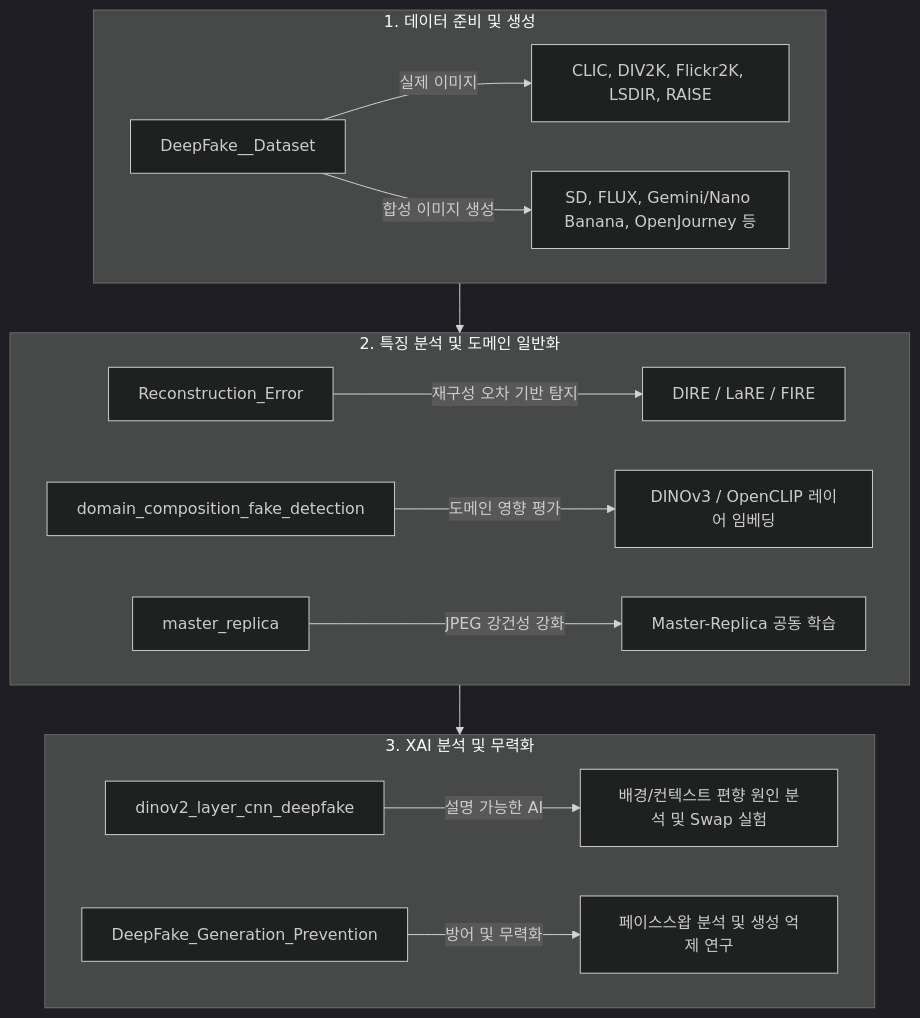
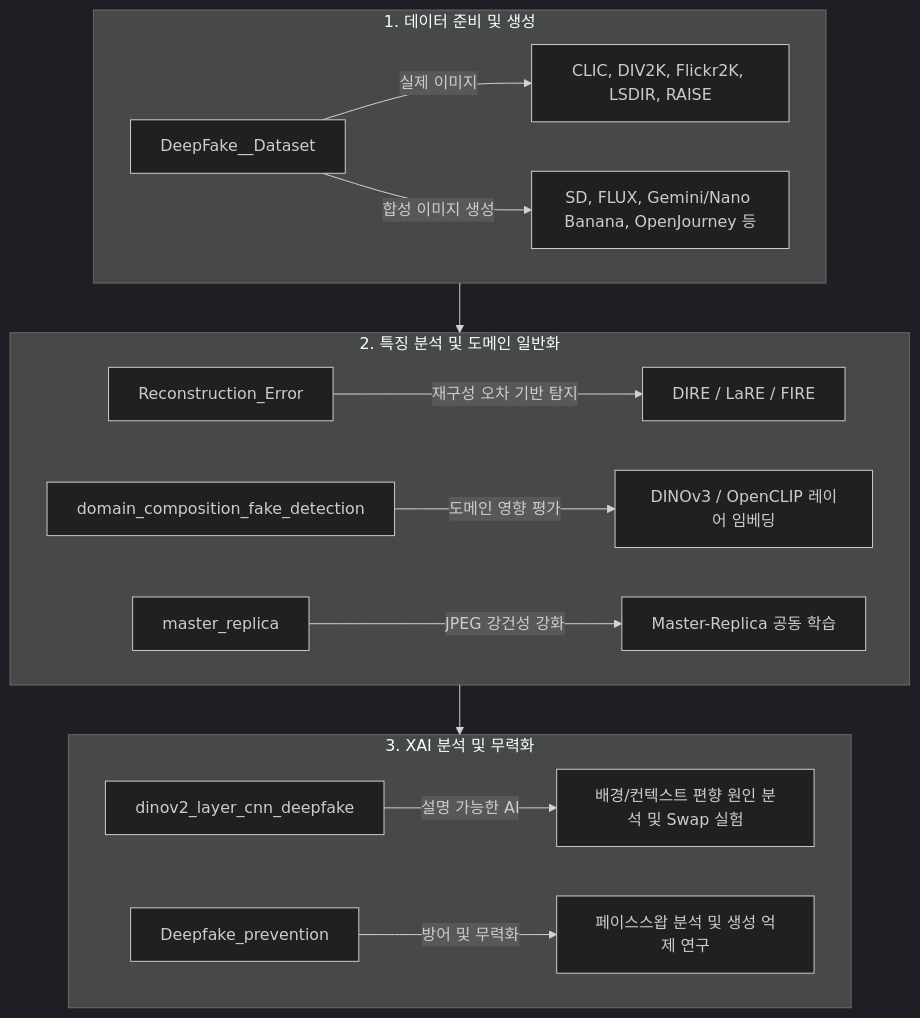
The diagram in README_ko.md (Fate-0527/DeepFake_Image_Detection), drawn with Mermaid (dark theme) before and after one commit. The commit also changed other lines of this file and 1 other file, not shown here.

Commit message:
docs: Update central index with Deepfake_prevention repository link

````diff
--- a/README_ko.md
+++ b/README_ko.md
@@ -71,21 +71,21 @@
 ```mermaid
 flowchart TD
     subgraph DataPrep [1. 데이터 준비 및 생성]
         A[DeepFake__Dataset] -->|실제 이미지| B[CLIC, DIV2K, Flickr2K, LSDIR, RAISE]
         A -->|합성 이미지 생성| C[SD, FLUX, Gemini/Nano Banana, OpenJourney 등]
     end
 
     subgraph FeatureExtract [2. 특징 분석 및 도메인 일반화]
         D[Reconstruction_Error] -->|재구성 오차 기반 탐지| E[DIRE / LaRE / FIRE]
         F[domain_composition_fake_detection] -->|도메인 영향 평가| G[DINOv3 / OpenCLIP 레이어 임베딩]
         H[master_replica] -->|JPEG 강건성 강화| I[Master-Replica 공동 학습]
     end
 
     subgraph Analysis [3. XAI 분석 및 무력화]
         J[dinov2_layer_cnn_deepfake] -->|설명 가능한 AI| K[배경/컨텍스트 편향 원인 분석 및 Swap 실험]
-        L[DeepFake_Generation_Prevention] -->|방어 및 무력화| M[페이스스왑 분석 및 생성 억제 연구]
+        L[Deepfake_prevention] -->|방어 및 무력화| M[페이스스왑 분석 및 생성 억제 연구]
     end
 
     DataPrep --> FeatureExtract
     FeatureExtract --> Analysis
 ```
````
